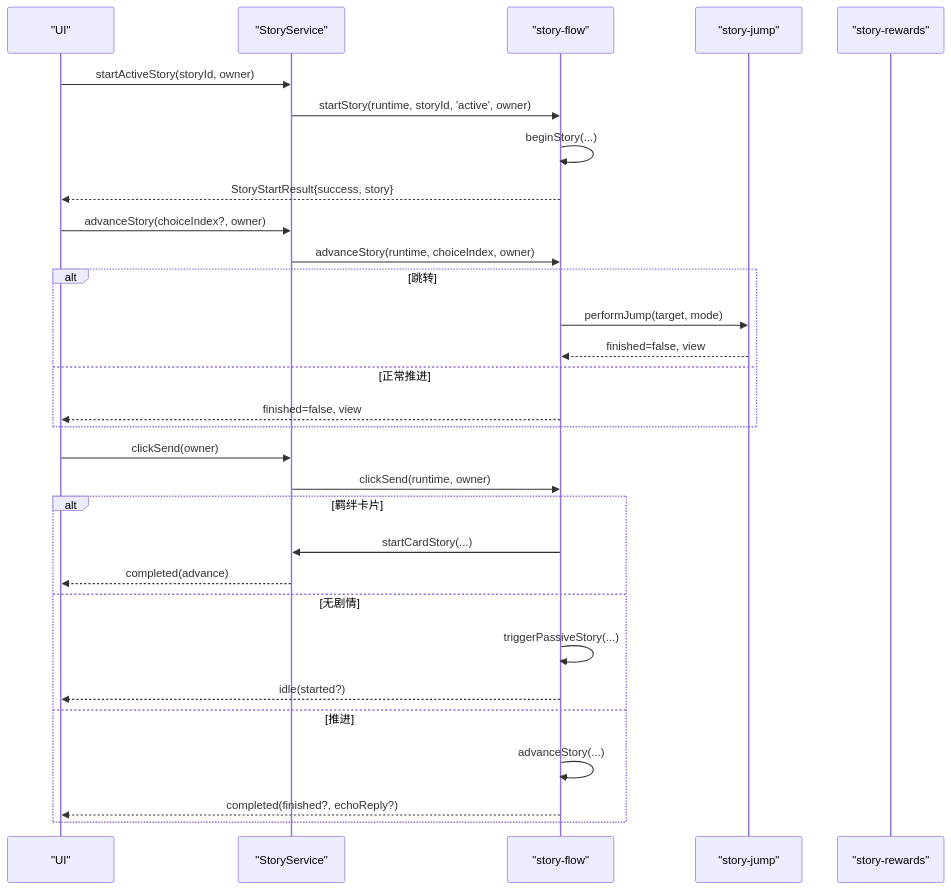
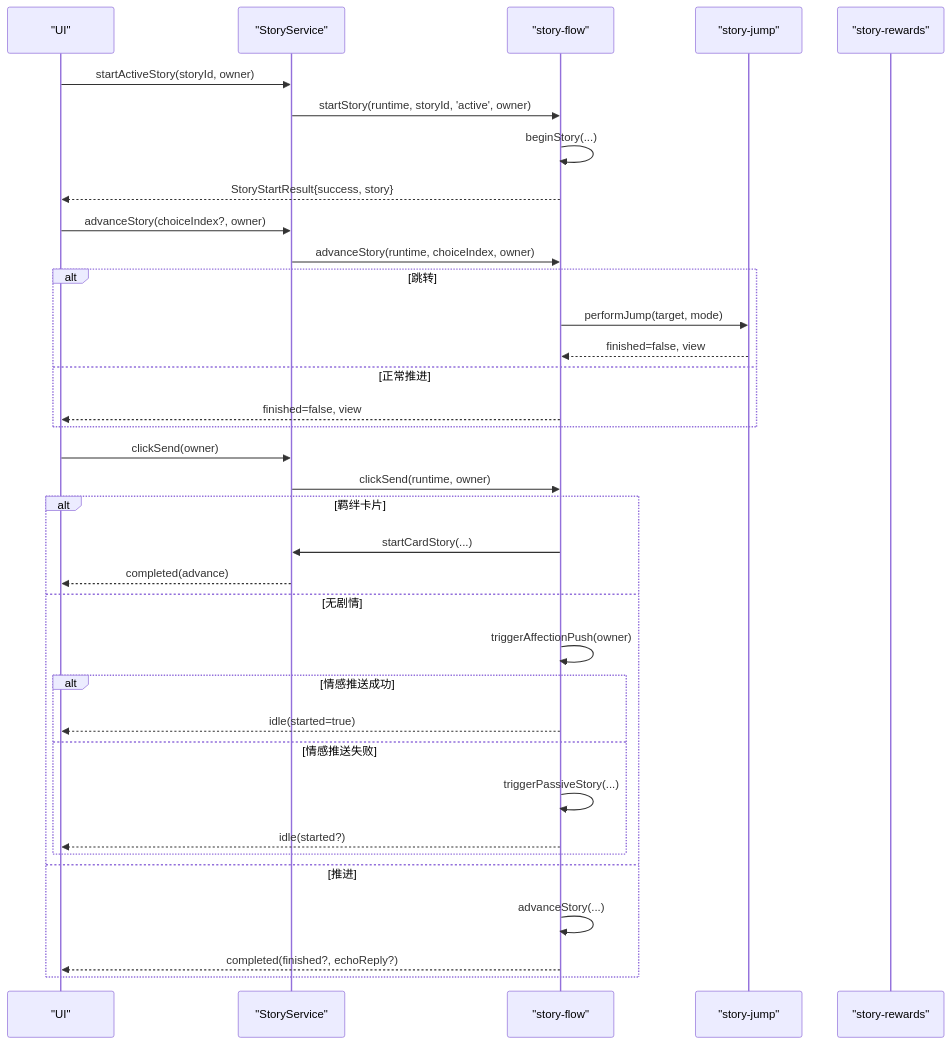
The fifth of 7 diagrams in .qoder/repowiki/zh/content/游戏系统/剧情系统.md (EsiLA9/Arona-Clicker), drawn with Mermaid before and after one commit. The commit also changed other lines of this file and 79 other files, not shown here.

````diff
--- a/.qoder/repowiki/zh/content/游戏系统/剧情系统.md
+++ b/.qoder/repowiki/zh/content/游戏系统/剧情系统.md
@@ -259,32 +363,37 @@
 ```mermaid
 sequenceDiagram
 participant UI as "UI"
 participant SS as "StoryService"
 participant SF as "story-flow"
 participant SJ as "story-jump"
 participant SW as "story-rewards"
 UI->>SS : startActiveStory(storyId, owner)
 SS->>SF : startStory(runtime, storyId, 'active', owner)
 SF->>SF : beginStory(...)
 SF-->>UI : StoryStartResult{success, story}
 UI->>SS : advanceStory(choiceIndex?, owner)
 SS->>SF : advanceStory(runtime, choiceIndex, owner)
 alt 跳转
 SF->>SJ : performJump(target, mode)
 SJ-->>SF : finished=false, view
 else 正常推进
 SF-->>UI : finished=false, view
 end
 UI->>SS : clickSend(owner)
 SS->>SF : clickSend(runtime, owner)
 alt 羁绊卡片
 SF->>SS : startCardStory(...)
 SS-->>UI : completed(advance)
 else 无剧情
+SF->>SF : triggerAffectionPush(owner)
+alt 情感推送成功
+SF-->>UI : idle(started=true)
+else 情感推送失败
 SF->>SF : triggerPassiveStory(...)
 SF-->>UI : idle(started?)
+end
 else 推进
 SF->>SF : advanceStory(...)
 SF-->>UI : completed(finished?, echoReply?)
 end
 ```
````
